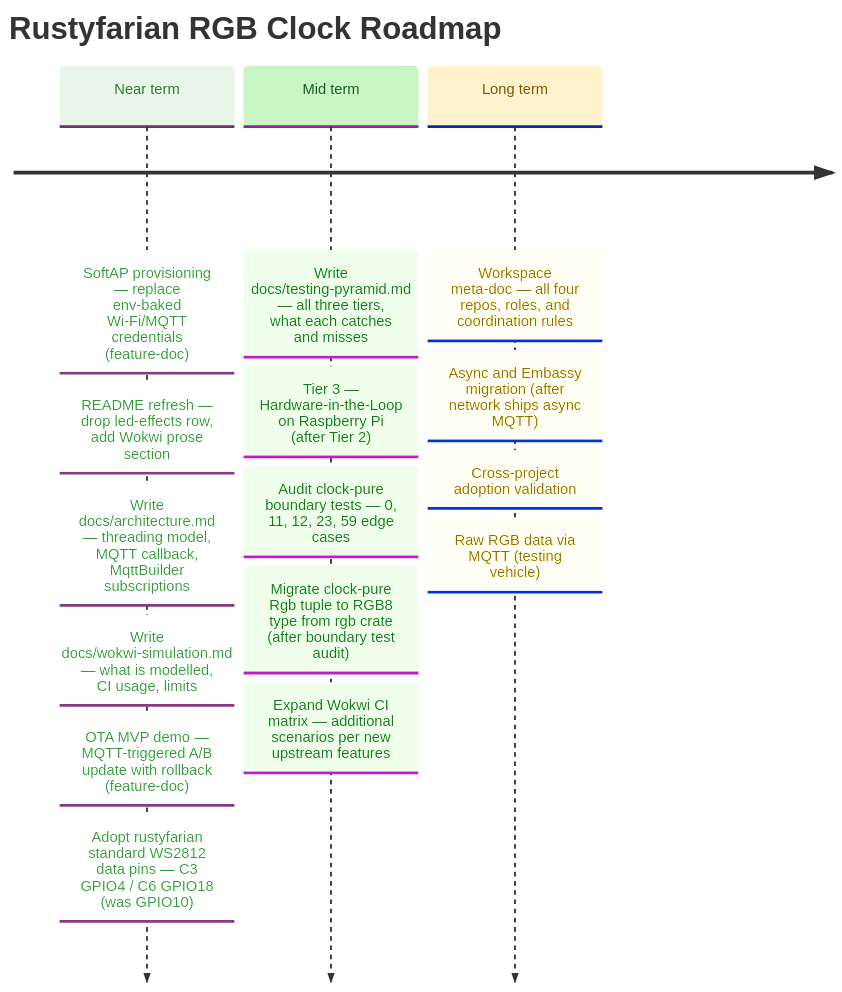
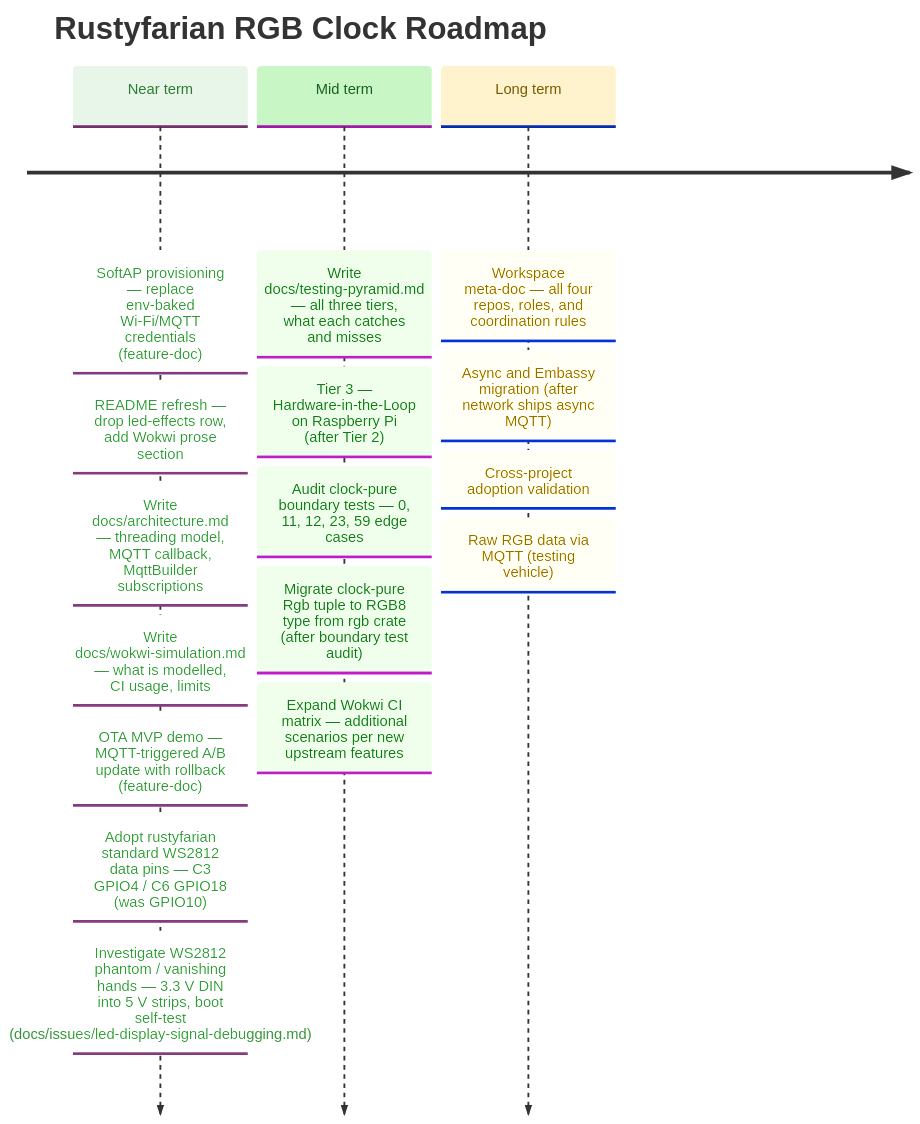
Before and after one commit to datenkollektiv/rustyfarian-rgb-clock: the diagram in docs/ROADMAP.md, drawn with Mermaid. The commit also changed 1 other file, not shown here.

Commit message:
Clarify WS2812 phantom and vanishing hands behavior in debugging documentation

````diff
--- a/docs/ROADMAP.md
+++ b/docs/ROADMAP.md
@@ -10,36 +10,37 @@
 ```mermaid
 %%{init: {
   "theme": "base",
   "themeVariables": {
     "cScale0": "#e8f5e9",
     "cScaleLabel0": "#2e7d32",
     "cScale1": "#c8f7c5",
     "cScaleLabel1": "#1b5e20",
     "cScale2": "#fff3cd",
     "cScaleLabel2": "#7a5a00",
     "cScale3": "#e3f2fd",
     "cScaleLabel3": "#0d47a1"
   }
 }}%%
 
 timeline
     title Rustyfarian RGB Clock Roadmap
 
     Near term : SoftAP provisioning — replace env-baked Wi-Fi/MQTT credentials (feature-doc)
               : README refresh — drop led-effects row, add Wokwi prose section
               : Write docs/architecture.md — threading model, MQTT callback, MqttBuilder subscriptions
               : Write docs/wokwi-simulation.md — what is modelled, CI usage, limits
               : OTA MVP demo — MQTT-triggered A/B update with rollback (feature-doc)
               : Adopt rustyfarian standard WS2812 data pins — C3 GPIO4 / C6 GPIO18 (was GPIO10)
+              : Investigate WS2812 phantom / vanishing hands — 3.3 V DIN into 5 V strips, boot self-test (docs/issues/led-display-signal-debugging.md)
 
     Mid term  : Write docs/testing-pyramid.md — all three tiers, what each catches and misses
               : Tier 3 — Hardware-in-the-Loop on Raspberry Pi (after Tier 2)
               : Audit clock-pure boundary tests — 0, 11, 12, 23, 59 edge cases
               : Migrate clock-pure Rgb tuple to RGB8 type from rgb crate (after boundary test audit)
               : Expand Wokwi CI matrix — additional scenarios per new upstream features
 
     Long term : Workspace meta-doc — all four repos, roles, and coordination rules
               : Async and Embassy migration (after network ships async MQTT)
               : Cross-project adoption validation
               : Raw RGB data via MQTT (testing vehicle)
 ```
````
